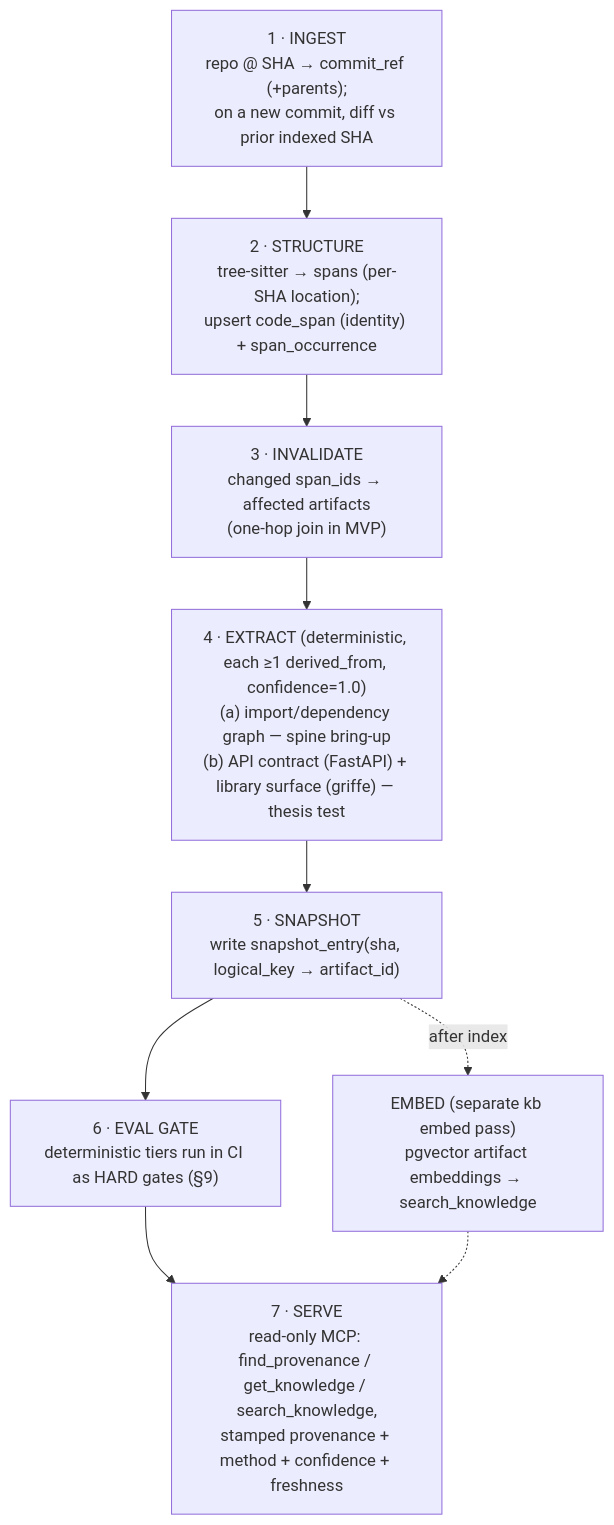
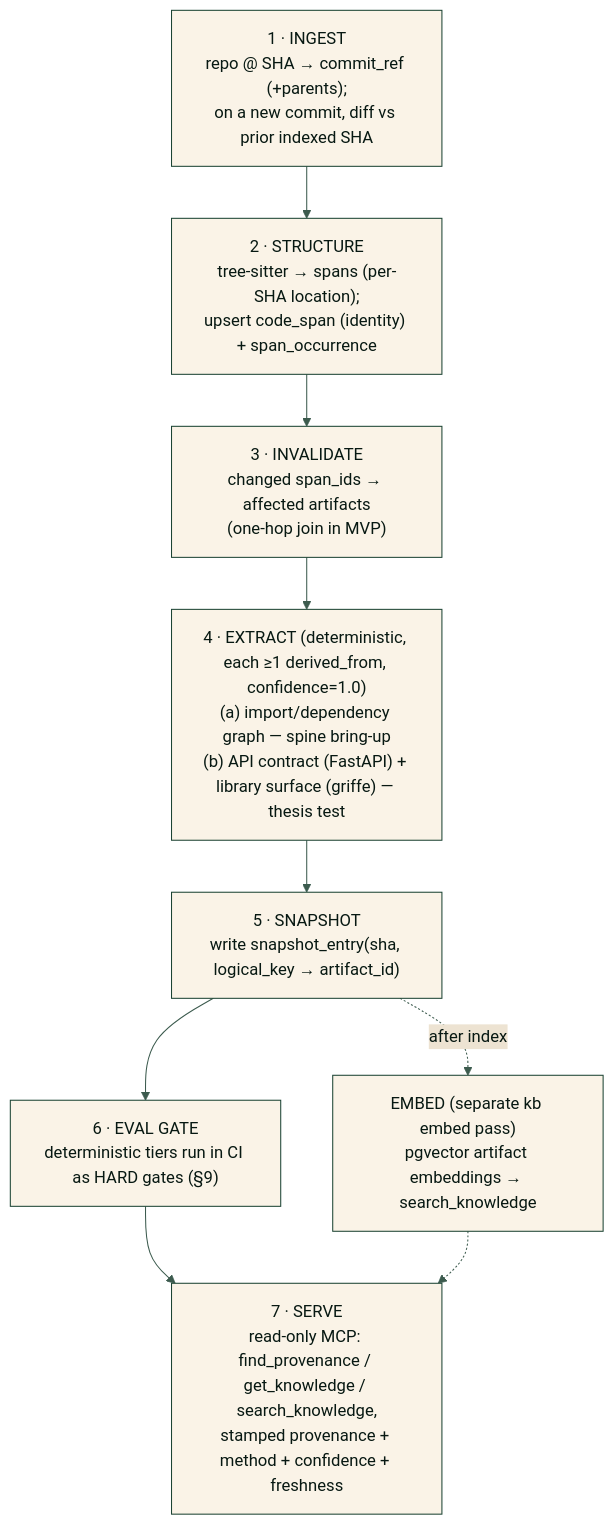
One commit to v0ropaev/knowbase changed the second of 2 diagrams in DESIGN.md. Above: the diagram before and after it, drawn with Mermaid. The commit also changed other lines of this file and 8 other files, not shown here.

First line of the commit message:
docs: README hero banner + brand assets, themed Mermaid diagrams (#19)

````diff
--- a/DESIGN.md
+++ b/DESIGN.md
@@ -197,14 +198,15 @@
 ```mermaid
+%%{init: {'theme':'base','themeVariables':{'background':'#FAF3E7','primaryColor':'#FAF3E7','primaryTextColor':'#071812','primaryBorderColor':'#1C4434','lineColor':'#3C5B4E','secondaryColor':'#EDE3D2','tertiaryColor':'#F3EAD9','textColor':'#1C4434','fontFamily':'ui-sans-serif, system-ui, sans-serif'}}}%%
 flowchart TD
     I1["1 · INGEST<br/>repo @ SHA → commit_ref (+parents);<br/>on a new commit, diff vs prior indexed SHA"]
     I2["2 · STRUCTURE<br/>tree-sitter → spans (per-SHA location);<br/>upsert code_span (identity) + span_occurrence"]
     I3["3 · INVALIDATE<br/>changed span_ids → affected artifacts<br/>(one-hop join in MVP)"]
     I4["4 · EXTRACT (deterministic, each ≥1 derived_from, confidence=1.0)<br/>(a) import/dependency graph — spine bring-up<br/>(b) API contract (FastAPI) + library surface (griffe) — thesis test"]
     I5["5 · SNAPSHOT<br/>write snapshot_entry(sha, logical_key → artifact_id)"]
     I6["6 · EVAL GATE<br/>deterministic tiers run in CI as HARD gates (§9)"]
     I7["7 · SERVE<br/>read-only MCP: find_provenance / get_knowledge / search_knowledge,<br/>stamped provenance + method + confidence + freshness"]
     EMB["EMBED (separate kb embed pass)<br/>pgvector artifact embeddings → search_knowledge"]
     I1 --> I2 --> I3 --> I4 --> I5 --> I6 --> I7
     I5 -. "after index" .-> EMB
     EMB -.-> I7
 ```
````
